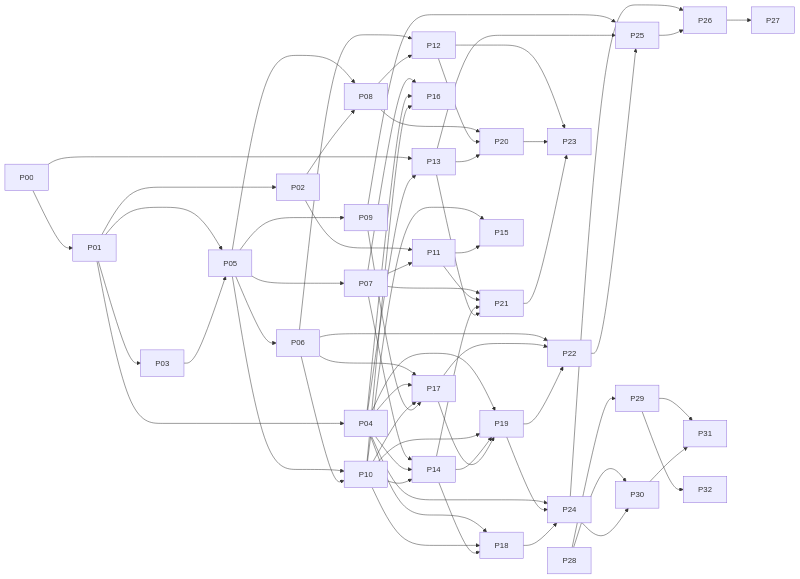
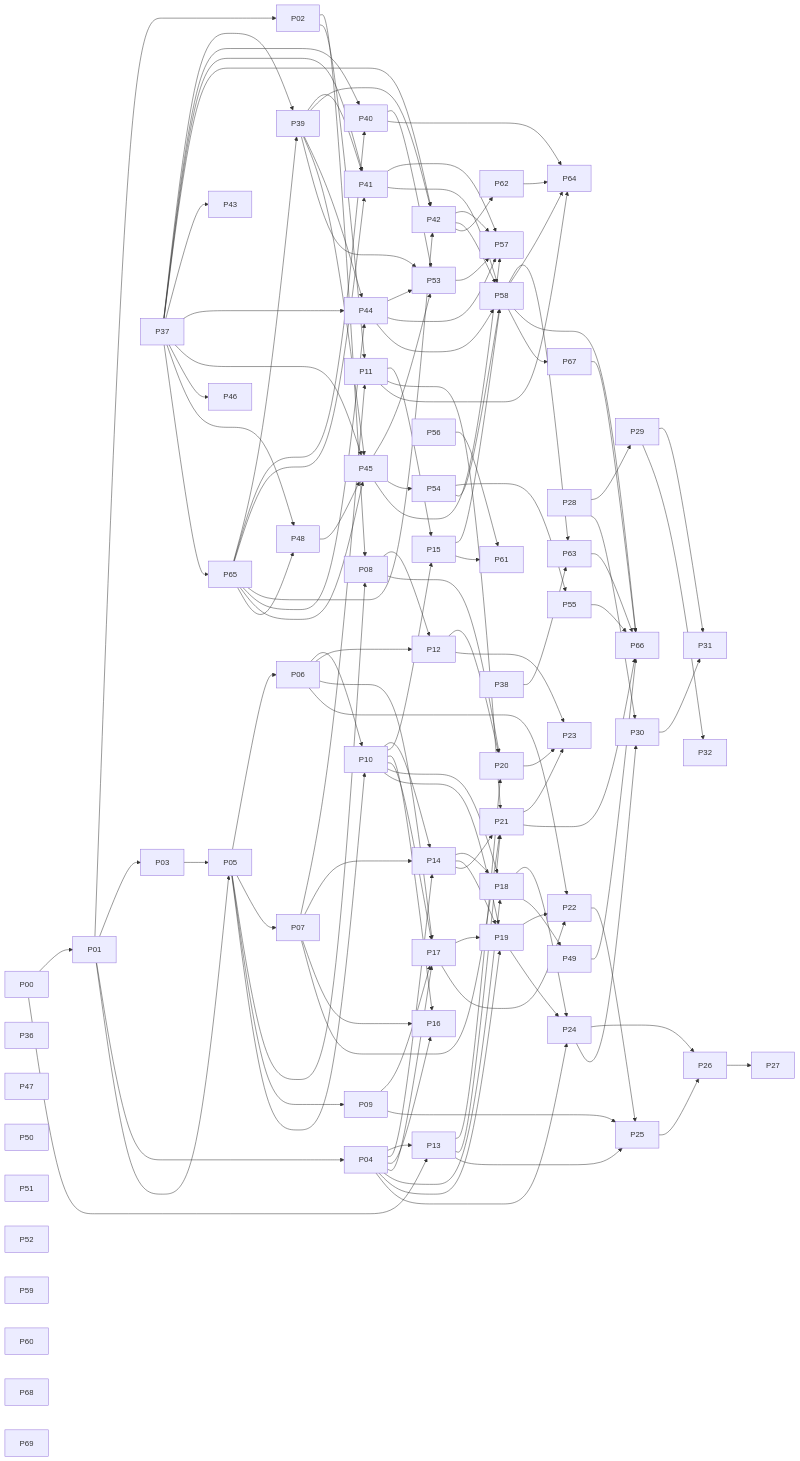
One commit to fgarofalo56/neurosphere changed the diagram in PRPs/PRP-MASTER-neurosphere.md. Above: the diagram before and after it, drawn with Mermaid. The commit also changed other lines of this file and 7 other files, not shown here.

````diff
--- a/PRPs/PRP-MASTER-neurosphere.md
+++ b/PRPs/PRP-MASTER-neurosphere.md
@@ -155,32 +166,66 @@
 ```mermaid
 flowchart LR
   P00 --> P01
   P01 --> P02 & P03 & P04 & P05
   P03 --> P05
   P05 --> P06 & P07 & P08 & P09 & P10
   P02 --> P08 & P11
   P07 --> P11 & P14 & P16 & P21
   P06 --> P10 & P12 & P17 & P22
   P08 --> P12 & P20
   P00 --> P13
   P04 --> P13 & P14 & P16 & P17 & P18 & P19 & P24
   P10 --> P14 & P15 & P16 & P17 & P18 & P19
   P11 --> P15 & P21
   P09 --> P17 & P25
   P14 --> P18 & P19 & P21
   P17 --> P19 & P22
   P12 --> P20 & P23
   P13 --> P20 & P21 & P25
   P19 --> P22 & P24
   P18 --> P24
   P20 --> P23
   P21 --> P23
   P22 --> P25
   P24 --> P26
   P25 --> P26
   P26 --> P27
   P28 --> P29 & P30
   P24 --> P30
   P29 --> P31 & P32
   P30 --> P31
+  %% Waves W11 to W21: one edge per depends_on in PRPs/backlog (round-2 PRPs 11, 15, 18, 21, 23 have none)
+  P37 --> P39 & P40 & P41 & P42 & P43 & P44 & P45 & P46 & P48 & P65
+  P65 --> P39 & P40 & P41 & P42 & P44 & P45 & P48
+  P39 --> P41 & P42 & P44 & P45 & P53
+  P48 --> P45
+  P18 --> P49
+  P40 --> P53 & P64
+  P44 --> P53 & P57 & P58
+  P45 --> P53 & P54 & P57
+  P41 --> P57 & P58
+  P42 --> P57 & P58 & P62
+  P53 --> P57
+  P15 --> P58 & P61
+  P54 --> P55 & P58
+  P56 --> P61
+  P38 --> P63
+  P58 --> P63 & P64 & P66 & P67
+  P11 --> P64
+  P62 --> P64
+  P21 --> P66
+  P49 --> P66
+  P55 --> P66
+  P63 --> P66
+  P67 --> P66
+  P23
+  P36
+  P47
+  P50
+  P51
+  P52
+  P59
+  P60
+  P68
+  P69
 ```
````
